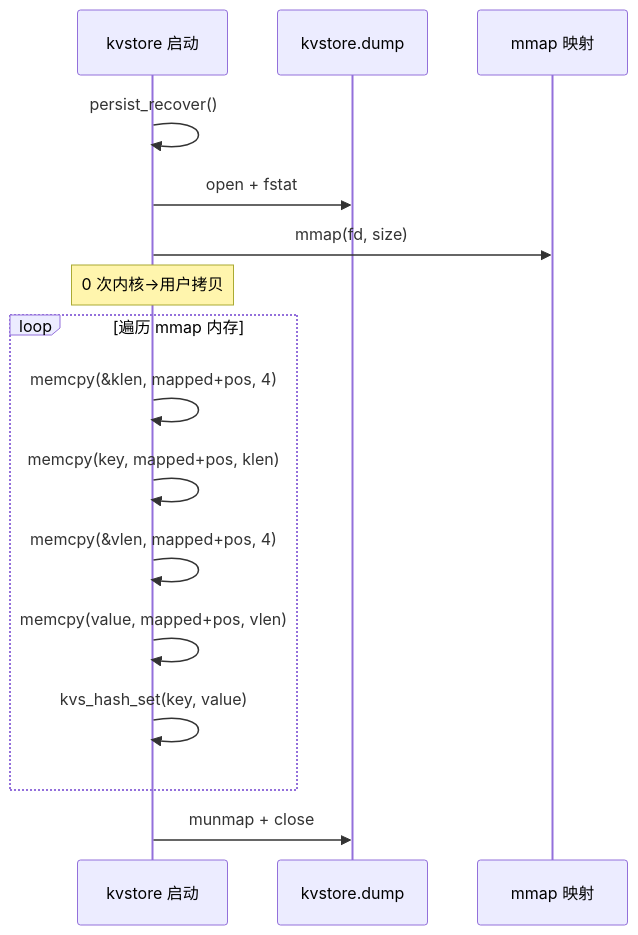
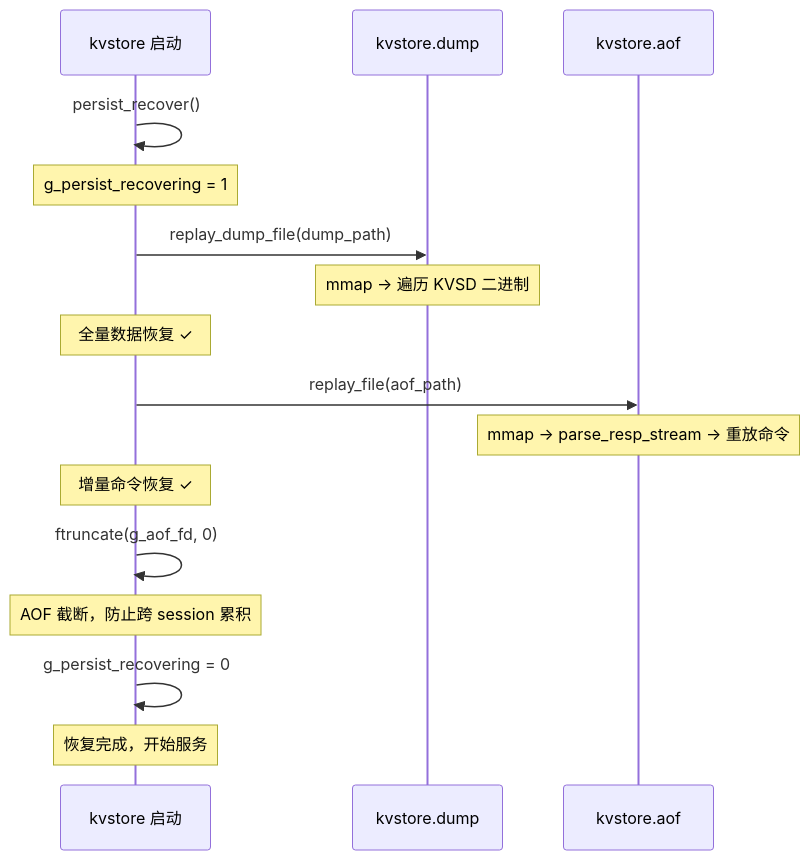
Before and after one commit to robotlover-1/kvstore: the seventh of 14 diagrams in README.md, drawn with Mermaid. The commit also changed other lines of this file and 19 other files, not shown here.

````diff
--- a/README.md
+++ b/README.md
@@ -807,19 +1112,23 @@
 ```mermaid
 sequenceDiagram
     participant K as kvstore 启动
     participant D as kvstore.dump
-    participant M as mmap 映射
+    participant A as kvstore.aof
 
     K->>K: persist_recover()
-    K->>D: open + fstat
-    K->>M: mmap(fd, size)
-    Note over K: 0 次内核→用户拷贝
-    loop 遍历 mmap 内存
-        K->>K: memcpy(&klen, mapped+pos, 4)
-        K->>K: memcpy(key, mapped+pos, klen)
-        K->>K: memcpy(&vlen, mapped+pos, 4)
-        K->>K: memcpy(value, mapped+pos, vlen)
-        K->>K: kvs_hash_set(key, value)
-    end
-    K->>D: munmap + close
+    Note over K: g_persist_recovering = 1
+
+    K->>D: replay_dump_file(dump_path)
+    Note over D: mmap → 遍历 KVSD 二进制
+    Note over K: 全量数据恢复 ✓
+
+    K->>A: replay_file(aof_path)
+    Note over A: mmap → parse_resp_stream → 重放命令
+    Note over K: 增量命令恢复 ✓
+
+    K->>K: ftruncate(g_aof_fd, 0)
+    Note over K: AOF 截断，防止跨 session 累积
+
+    K->>K: g_persist_recovering = 0
+    Note over K: 恢复完成，开始服务
 ```
````
